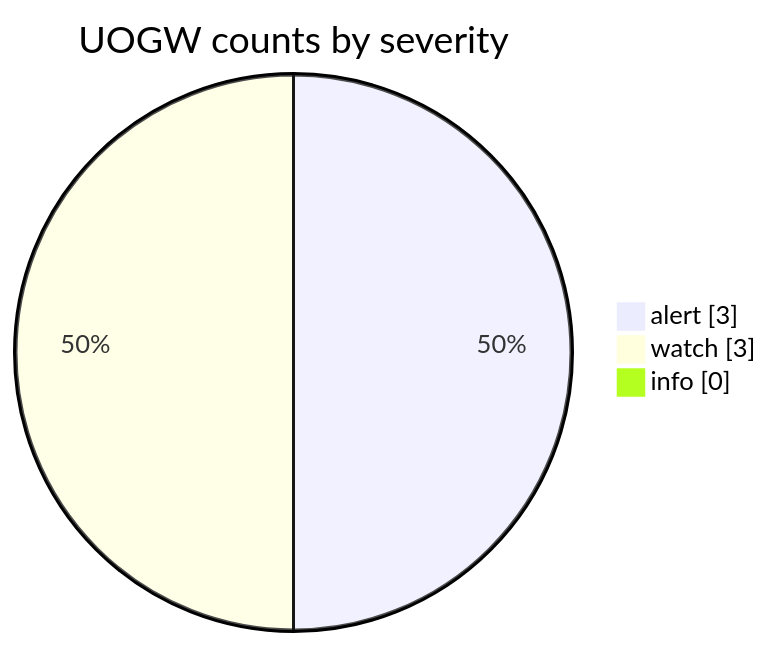
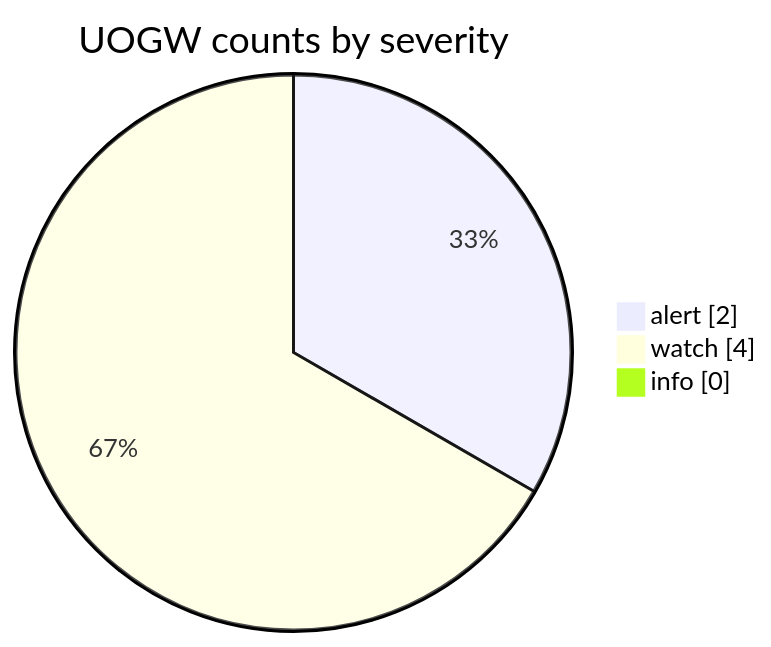
The fourth of 6 diagrams in docs/GRAPHS.md (Midwest-Stratospheric/aerostratospheric-defense-gir), drawn with Mermaid before and after one commit. The commit also changed other lines of this file and 23 other files, not shown here.

````diff
--- a/docs/GRAPHS.md
+++ b/docs/GRAPHS.md
@@ -66,7 +66,7 @@
 ```mermaid
 pie showData
   title UOGW counts by severity
-  "alert" : 3
-  "watch" : 3
+  "alert" : 2
+  "watch" : 4
   "info" : 0
 ```
````
